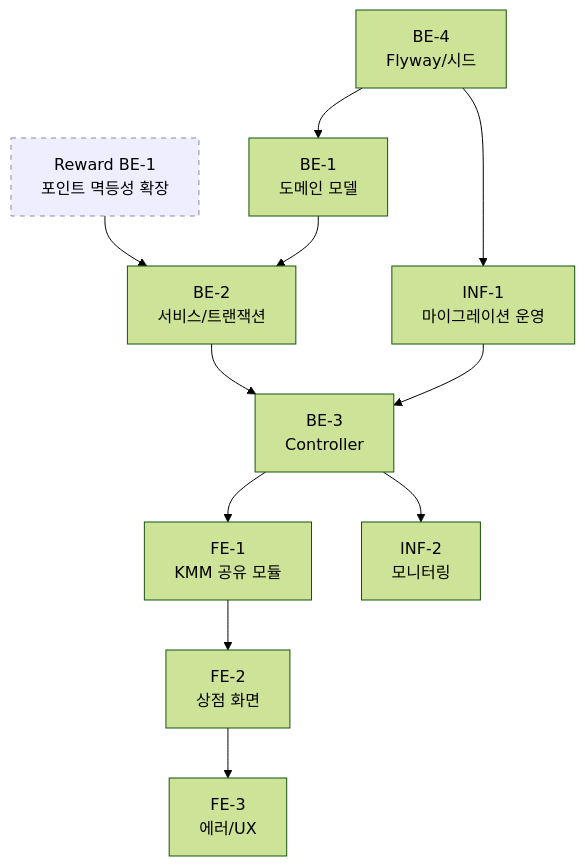
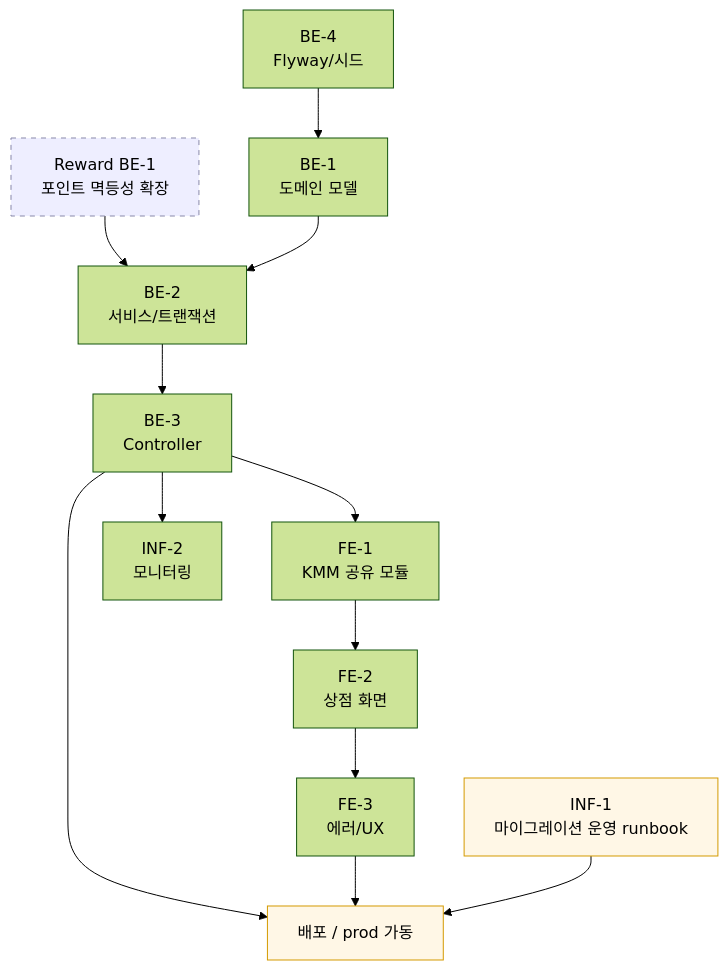
The diagram in docs/features/shop/tasks.md (cash-chat-mvp/cash-chat-mvp), drawn with Mermaid (forest theme) before and after one commit. The commit also changed other lines of this file and 1 other file, not shown here.

````diff
--- a/docs/features/shop/tasks.md
+++ b/docs/features/shop/tasks.md
@@ -81,26 +86,29 @@
 ```mermaid
 graph TD
     RewardBE1[Reward BE-1<br/>포인트 멱등성 확장]:::ext
     BE4[BE-4<br/>Flyway/시드]
     BE1[BE-1<br/>도메인 모델]
     BE2[BE-2<br/>서비스/트랜잭션]
     BE3[BE-3<br/>Controller]
     FE1[FE-1<br/>KMM 공유 모듈]
     FE2[FE-2<br/>상점 화면]
     FE3[FE-3<br/>에러/UX]
-    INF1[INF-1<br/>마이그레이션 운영]
+    INF1[INF-1<br/>마이그레이션 운영 runbook]:::gate
     INF2[INF-2<br/>모니터링]
+    Deploy[배포 / prod 가동]:::gate
 
     RewardBE1 --> BE2
     BE4 --> BE1
     BE1 --> BE2
     BE2 --> BE3
     BE3 --> FE1
     FE1 --> FE2
     FE2 --> FE3
-    BE4 --> INF1
-    INF1 --> BE3
     BE3 --> INF2
+    BE3 --> Deploy
+    FE3 --> Deploy
+    INF1 --> Deploy
 
     classDef ext fill:#eef,stroke:#88a,stroke-dasharray: 5 5;
+    classDef gate fill:#fff7e6,stroke:#d49a00;
 ```
````
